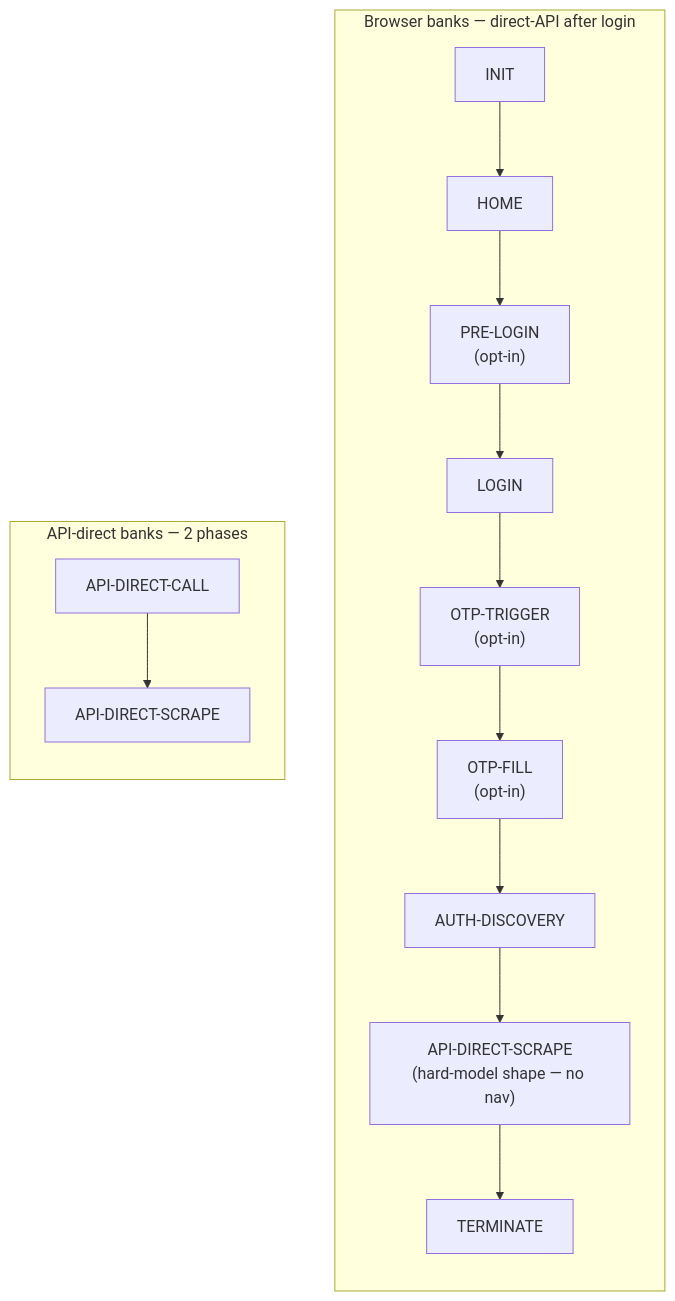
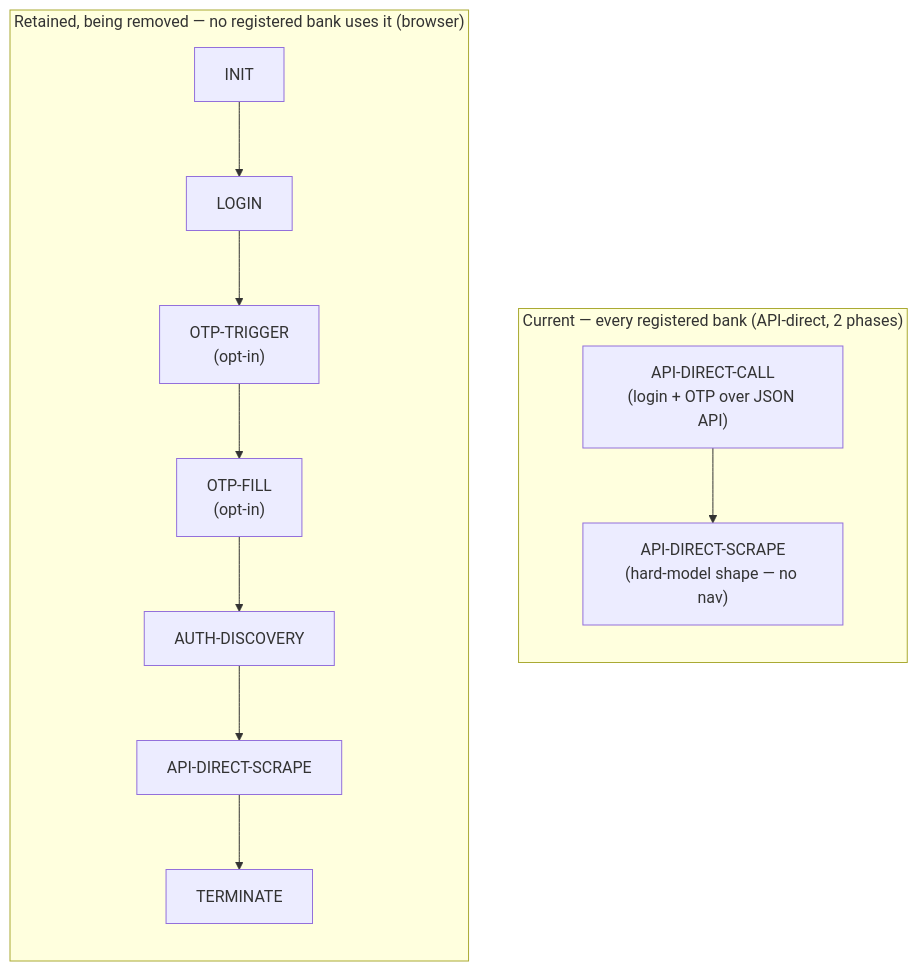
One commit to sergienko4/israeli-bank-scrapers changed the diagram in docs/architecture/pipeline.md. Above: the diagram before and after it, drawn with Mermaid. The commit also changed other lines of this file and 102 other files, not shown here.

First line of the commit message:
refactor: drop Home and PreLogin phases

````diff
--- a/docs/architecture/pipeline.md
+++ b/docs/architecture/pipeline.md
@@ -7,16 +9,15 @@
 ```mermaid
 flowchart TD
-    subgraph "Browser banks — direct-API after login"
+    subgraph "Current — every registered bank (API-direct, 2 phases)"
       direction TB
-      I[INIT] --> H[HOME] --> PL["PRE-LOGIN<br/>(opt-in)"]
-      PL --> L[LOGIN] --> OT["OTP-TRIGGER<br/>(opt-in)"]
+      ADC["API-DIRECT-CALL<br/>(login + OTP over JSON API)"] --> ADS["API-DIRECT-SCRAPE<br/>(hard-model shape — no nav)"]
+    end
+
+    subgraph "Retained, being removed — no registered bank uses it (browser)"
+      direction TB
+      I[INIT] --> L[LOGIN] --> OT["OTP-TRIGGER<br/>(opt-in)"]
       OT --> OF["OTP-FILL<br/>(opt-in)"]
       OF --> AD[AUTH-DISCOVERY]
-      AD --> ADS["API-DIRECT-SCRAPE<br/>(hard-model shape — no nav)"] --> T[TERMINATE]
-    end
-
-    subgraph "API-direct banks — 2 phases"
-      direction TB
-      ADC[API-DIRECT-CALL] --> ADS2[API-DIRECT-SCRAPE]
+      AD --> ADS2["API-DIRECT-SCRAPE"] --> T[TERMINATE]
     end
 ```
````
